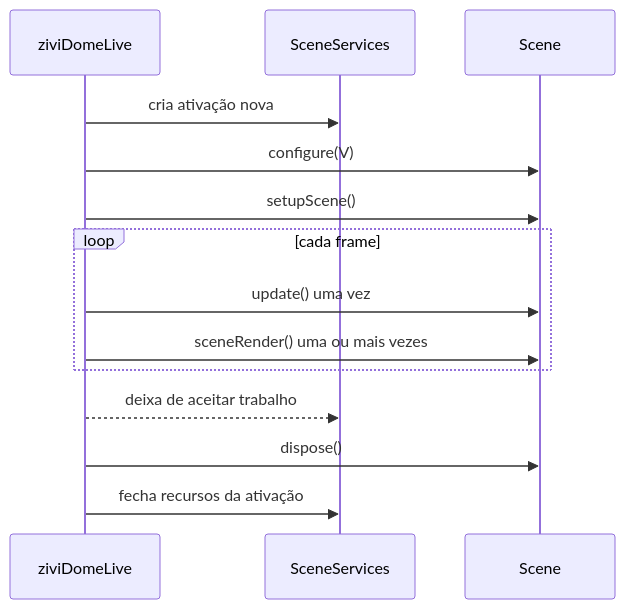
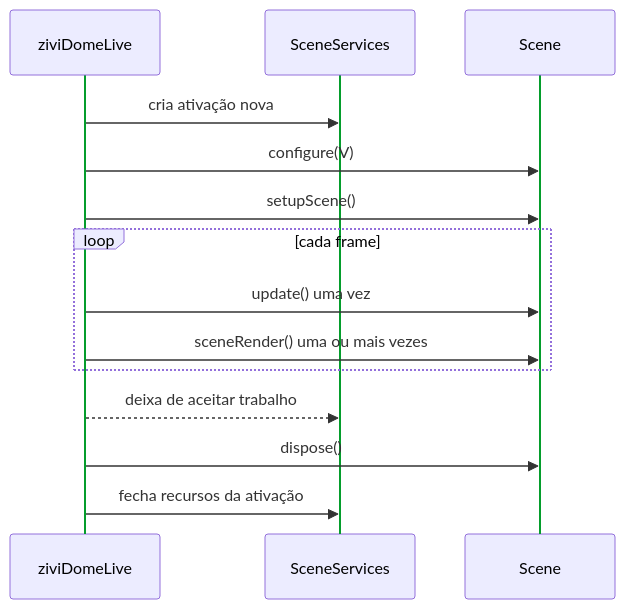
Before and after one commit to vicvalentim/ziviDomeLive: the first of 2 diagrams in docs/pt/release-notes/2.0.0.md, drawn with Mermaid. The commit also changed 5 other files, not shown here.

````diff
--- a/docs/pt/release-notes/2.0.0.md
+++ b/docs/pt/release-notes/2.0.0.md
@@ -72,16 +72,17 @@
 ```mermaid
+%%{init: {"themeVariables": {"actorLineColor": "#059d2c"}}}%%
 sequenceDiagram
   participant F as ziviDomeLive
   participant V as SceneServices
   participant S as Scene
   F->>V: cria ativação nova
   F->>S: configure(V)
   F->>S: setupScene()
   loop cada frame
     F->>S: update() uma vez
     F->>S: sceneRender() uma ou mais vezes
   end
   F-->>V: deixa de aceitar trabalho
   F->>S: dispose()
   F->>V: fecha recursos da ativação
 ```
````
